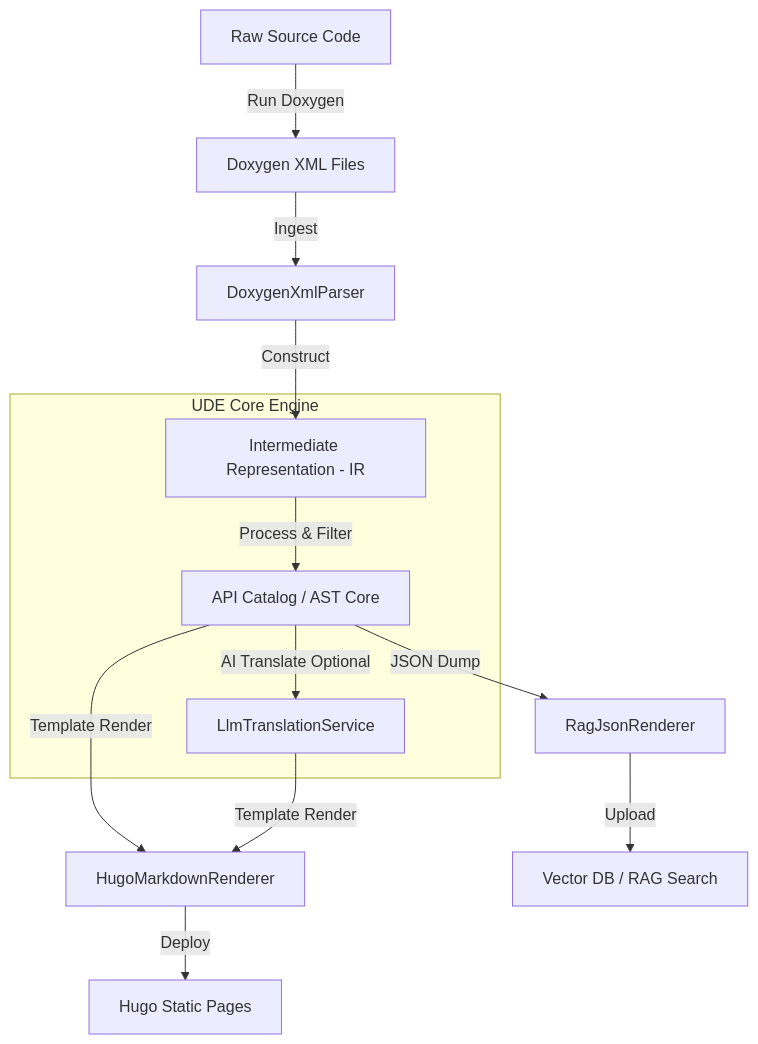
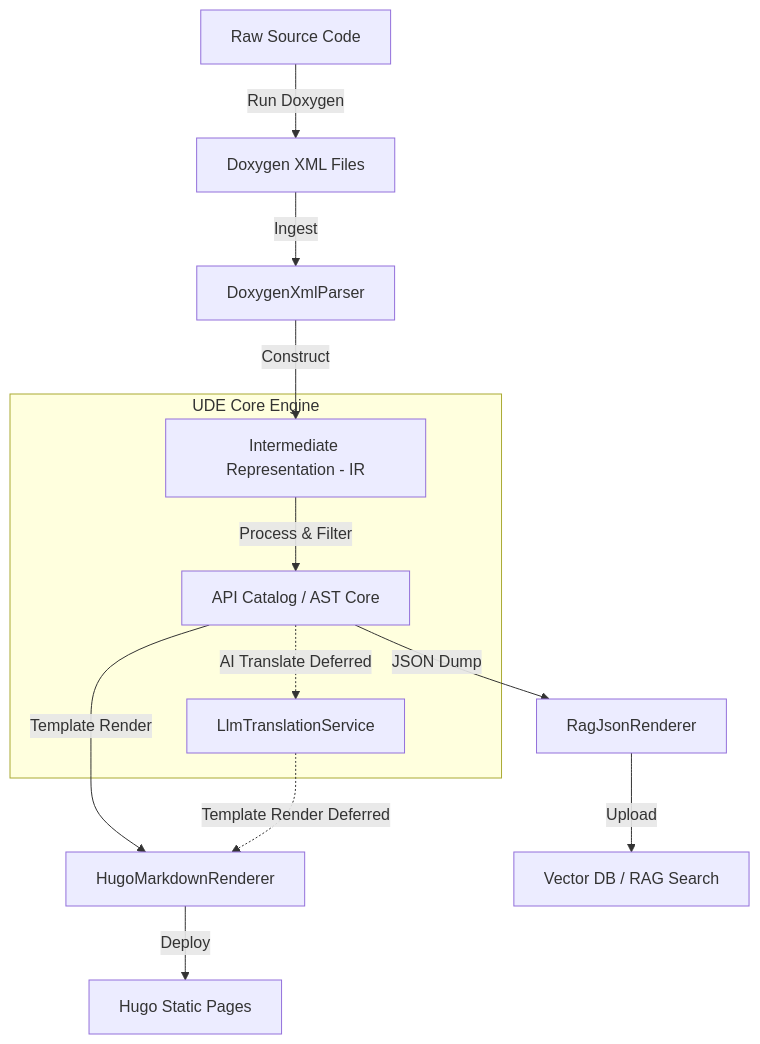
Before and after one commit to Sir-Derryk/ude-design-docs: the diagram in docs/sdd/index.md, drawn with Mermaid. The commit also changed other lines of this file and 2 other files, not shown here.

Commit message:
docs: defer localization and translation requirements to Future Phases (v2.0+) and add Target Release fields

````diff
--- a/docs/sdd/index.md
+++ b/docs/sdd/index.md
@@ -14,18 +14,18 @@
 ```mermaid
 graph TD
     A[Raw Source Code] -->|Run Doxygen| B[Doxygen XML Files]
     B -->|Ingest| C[DoxygenXmlParser]
     C -->|Construct| D[Intermediate Representation - IR]
     
     subgraph UDE Core Engine
         D -->|Process & Filter| E[API Catalog / AST Core]
-        E -->|AI Translate Optional| LT[LlmTranslationService]
+        E -.->|AI Translate Deferred| LT[LlmTranslationService]
     end
     
     E -->|Template Render| F[HugoMarkdownRenderer]
-    LT -->|Template Render| F
+    LT -.->|Template Render Deferred| F
     E -->|JSON Dump| G[RagJsonRenderer]
     
     F -->|Deploy| H[Hugo Static Pages]
     G -->|Upload| I[Vector DB / RAG Search]
 ```
````
